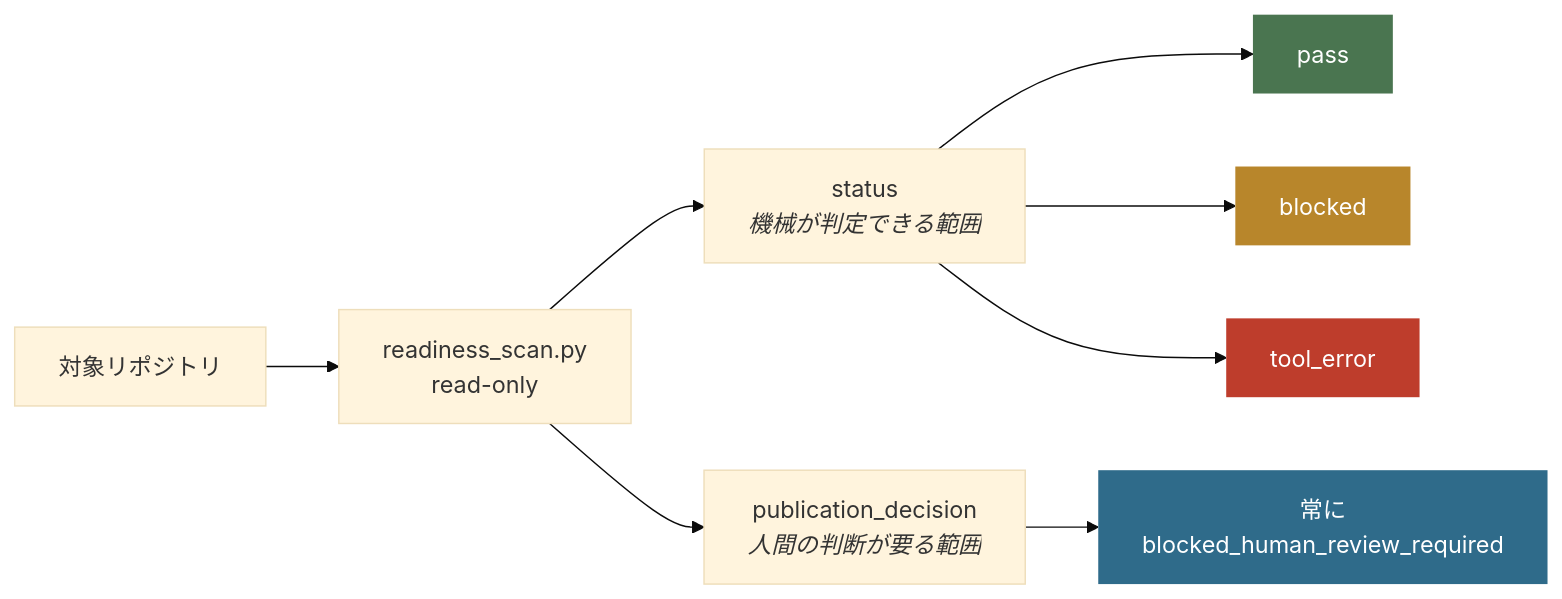
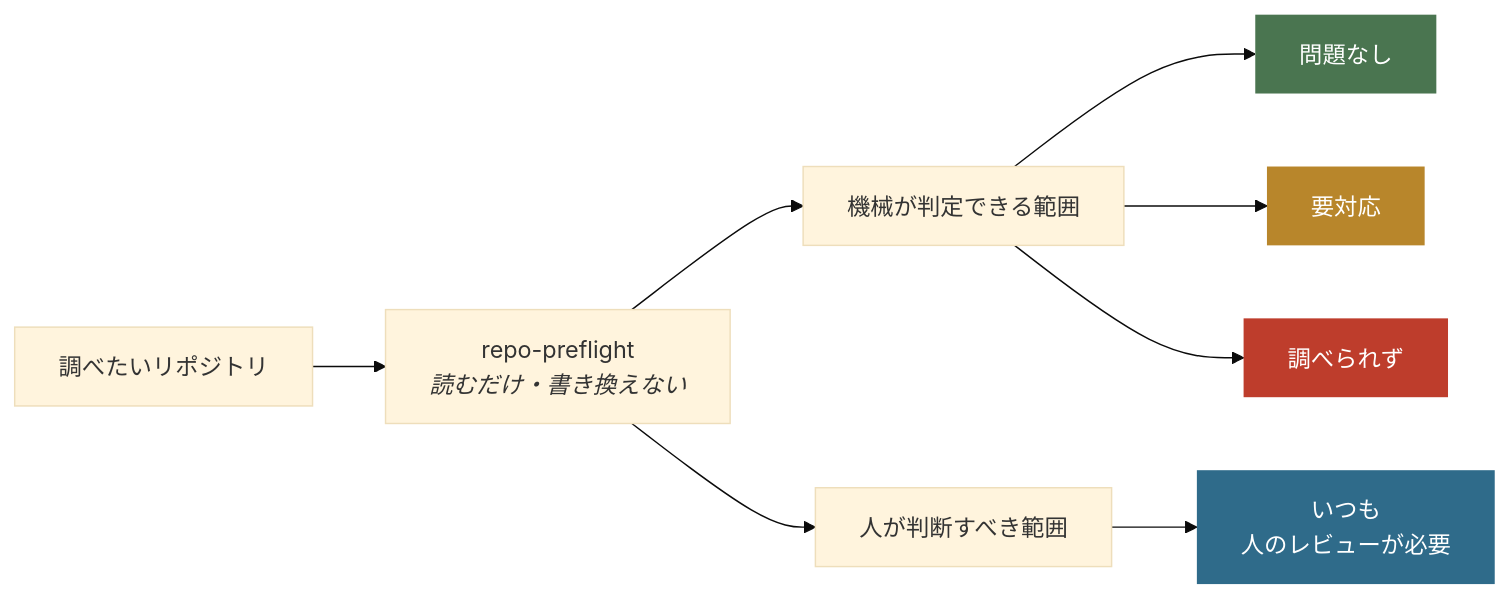
Before and after one commit to nexus-ai-2045/repo-preflight: the first of 2 diagrams in README.md, drawn with Mermaid (base theme). The commit also changed other lines of this file, not shown here.

````diff
--- a/README.md
+++ b/README.md
@@ -80,15 +38,15 @@
 ```mermaid
 flowchart LR
-    R[対象リポジトリ] --> S["readiness_scan.py<br/>read-only"]
-    S --> A["status<br/><i>機械が判定できる範囲</i>"]
-    S --> H["publication_decision<br/><i>人間の判断が要る範囲</i>"]
-    A --> A1[pass]
-    A --> A2[blocked]
-    A --> A3[tool_error]
-    H --> H1["常に<br/>blocked_human_review_required"]
+    R[調べたいリポジトリ] --> S["repo-preflight<br/><i>読むだけ・書き換えない</i>"]
+    S --> A["機械が判定できる範囲"]
+    S --> H["人が判断すべき範囲"]
+    A --> A1[問題なし]
+    A --> A2[要対応]
+    A --> A3[調べられず]
+    H --> H1["いつも<br/>人のレビューが必要"]
 
     style A1 fill:#4A7550,color:#fff,stroke:none
     style A2 fill:#B8862B,color:#fff,stroke:none
     style A3 fill:#BE3D2C,color:#fff,stroke:none
     style H1 fill:#2F6B8A,color:#fff,stroke:none
 ```
````
